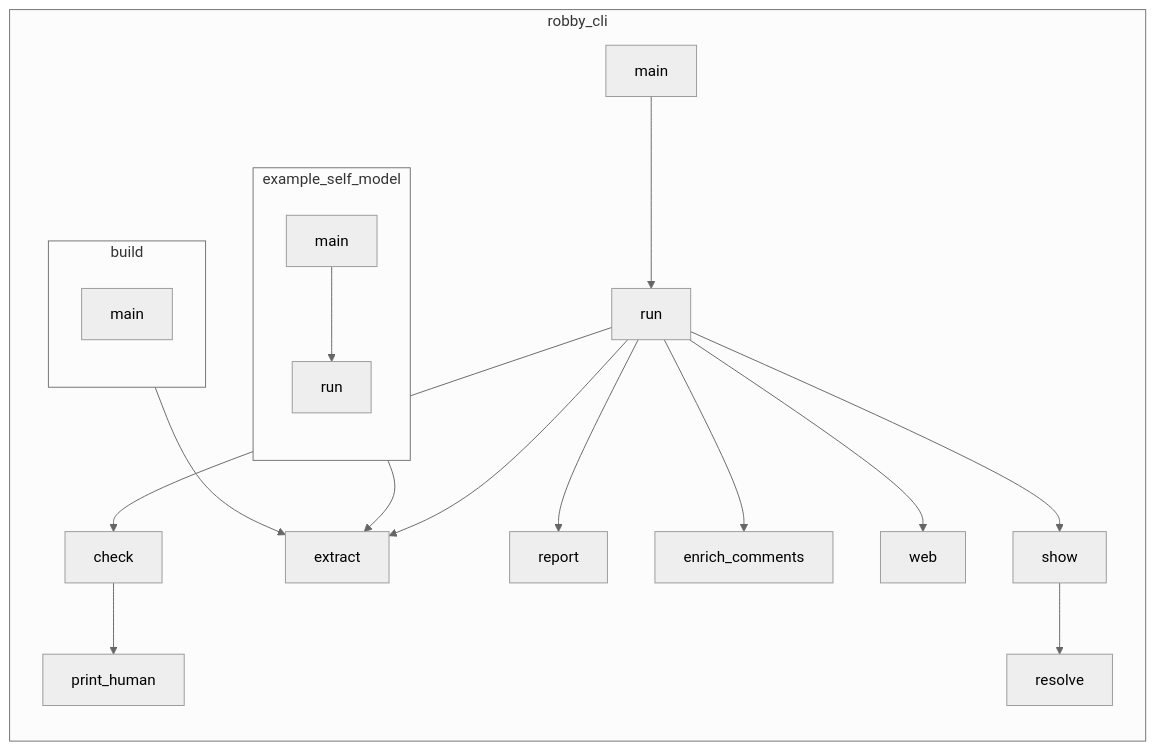
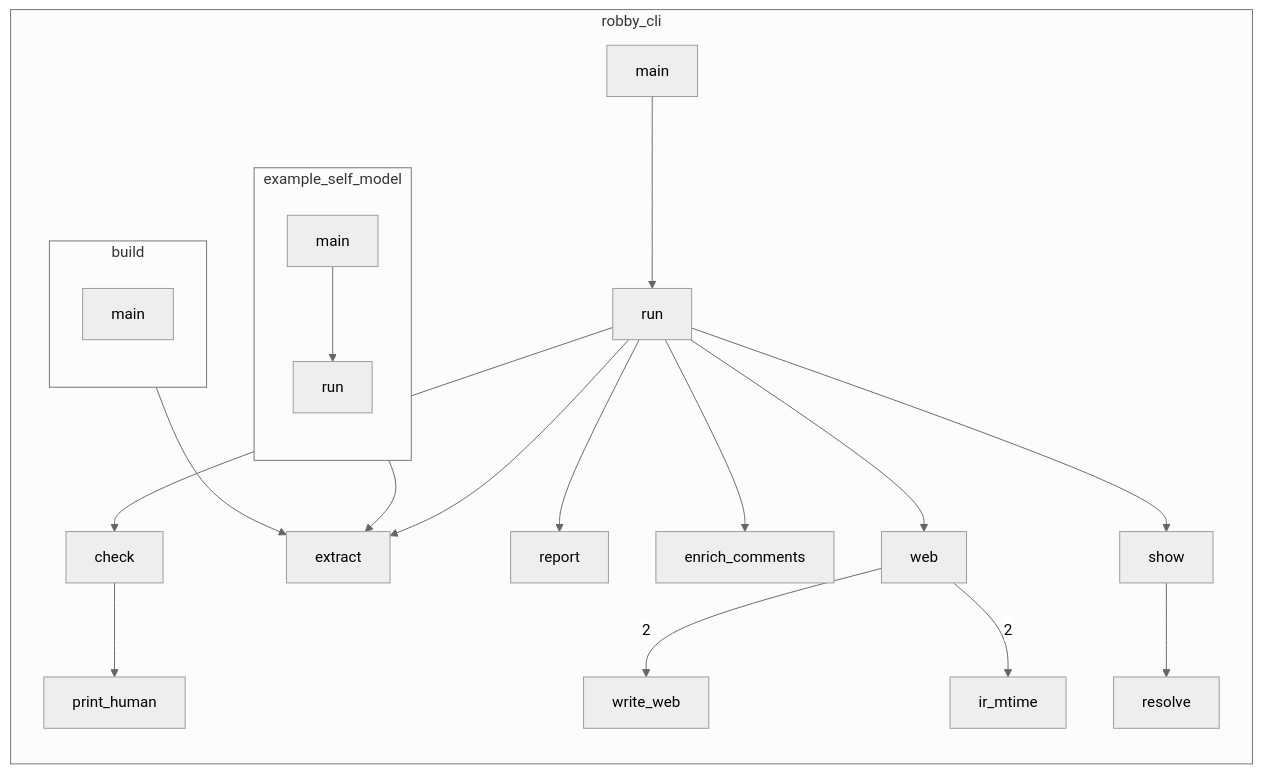
One commit to RyanGuild/self-describing-code changed the fourth of 4 diagrams in docs/self-model/robby_cli/index.md. Above: the diagram before and after it, drawn with Mermaid (neutral theme). The commit also changed other lines of this file and 413 other files, not shown here.

````diff
--- a/docs/self-model/robby_cli/index.md
+++ b/docs/self-model/robby_cli/index.md
@@ -81,37 +81,41 @@
 ```mermaid
 flowchart TB
     subgraph n_a331a60ee1568354["robby_cli"]
         direction TB
         subgraph n_874b29800ed524d0["build"]
             direction TB
             n_e71db130b1d88ff9["main"]
         end
         subgraph n_c58f68f7fc449f63["example_self_model"]
             direction TB
             n_59c2c49c5fb01842["main"]
             n_32b42d0d55443cd4["run"]
         end
         n_0b19cbdc9c790728["check"]
         n_6173b9031ddd73f8["enrich_comments"]
         n_b685ee67ac4f2f21["extract"]
+        n_62203b68bec8803a["ir_mtime"]
         n_eb50e92e5843791d["main"]
         n_e3b7ee2025a4b7a1["print_human"]
         n_310da90f0204c1aa["report"]
         n_ca2aecbbe65eed5c["resolve"]
         n_5fb1bc1f5dbdeb45["run"]
         n_c3f69457e875b2e9["show"]
         n_8ac47b1f7612cc06["web"]
+        n_4da64169426da816["write_web"]
     end
     n_0b19cbdc9c790728 --> n_e3b7ee2025a4b7a1
     n_32b42d0d55443cd4 --> n_b685ee67ac4f2f21
     n_59c2c49c5fb01842 --> n_32b42d0d55443cd4
     n_5fb1bc1f5dbdeb45 --> n_0b19cbdc9c790728
     n_5fb1bc1f5dbdeb45 --> n_310da90f0204c1aa
     n_5fb1bc1f5dbdeb45 --> n_6173b9031ddd73f8
     n_5fb1bc1f5dbdeb45 --> n_8ac47b1f7612cc06
     n_5fb1bc1f5dbdeb45 --> n_b685ee67ac4f2f21
     n_5fb1bc1f5dbdeb45 --> n_c3f69457e875b2e9
+    n_8ac47b1f7612cc06 -->|"2"| n_4da64169426da816
+    n_8ac47b1f7612cc06 -->|"2"| n_62203b68bec8803a
     n_c3f69457e875b2e9 --> n_ca2aecbbe65eed5c
     n_e71db130b1d88ff9 --> n_b685ee67ac4f2f21
     n_eb50e92e5843791d --> n_5fb1bc1f5dbdeb45
 ```
````
